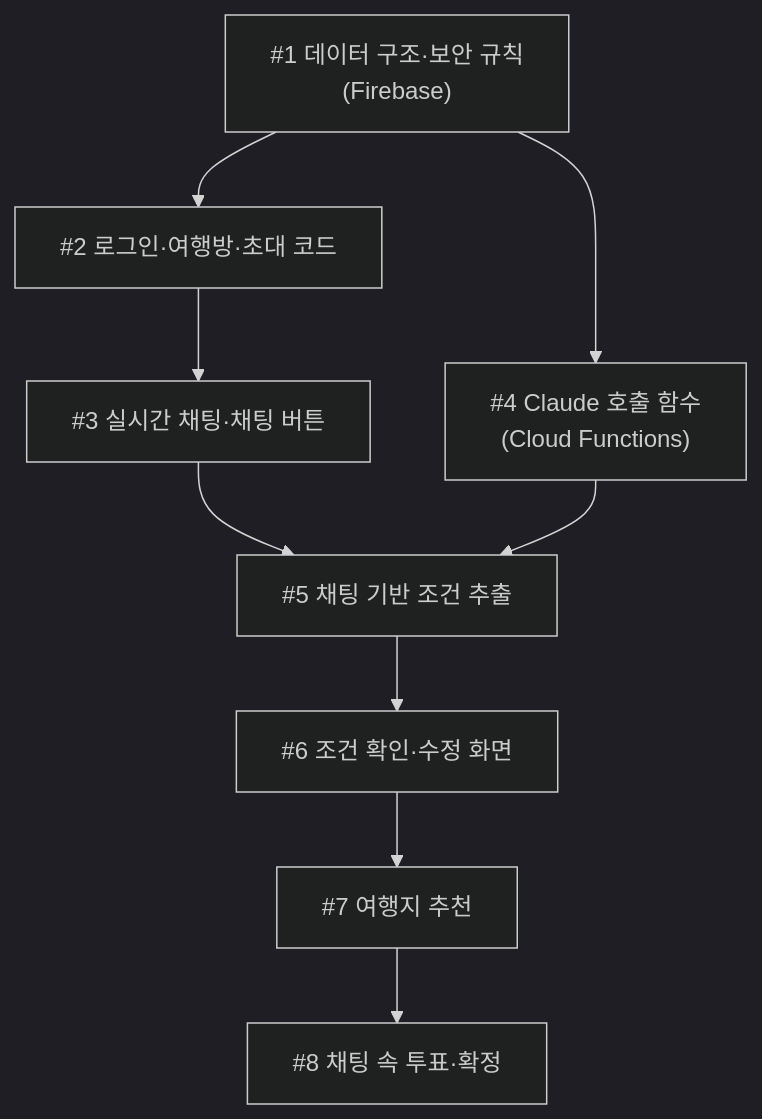
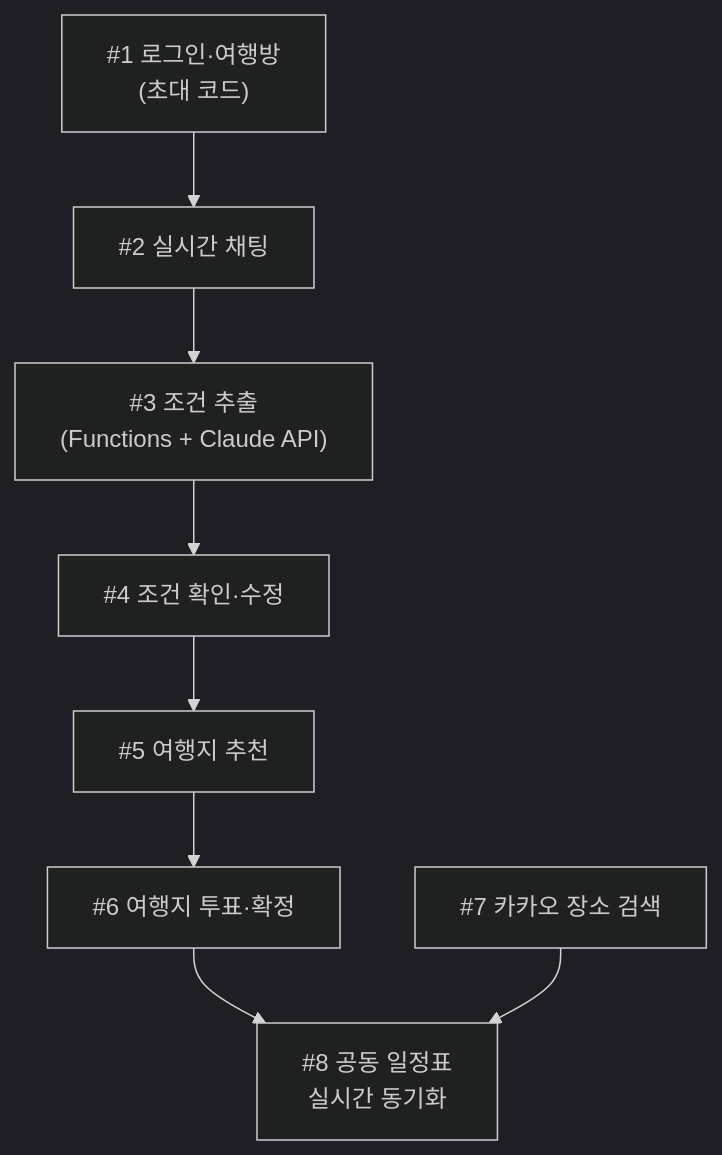
One commit to khwoo1803-hanyang/aix-2026f-team11 changed the diagram in docs/week-05.md. Above: the diagram before and after it, drawn with Mermaid (dark theme). The commit also changed other lines of this file and 12 other files, not shown here.

````diff
--- a/docs/week-05.md
+++ b/docs/week-05.md
@@ -51,20 +52,19 @@
 ```mermaid
 graph TD
-    T1["#1 데이터 구조·보안 규칙<br/>(Firebase)"]
-    T2["#2 로그인·여행방·초대 코드"]
-    T3["#3 실시간 채팅·채팅 버튼"]
-    T4["#4 Claude 호출 함수<br/>(Cloud Functions)"]
-    T5["#5 채팅 기반 조건 추출"]
-    T6["#6 조건 확인·수정 화면"]
-    T7["#7 여행지 추천"]
-    T8["#8 채팅 속 투표·확정"]
+    T1["#1 로그인·여행방<br/>(초대 코드)"]
+    T2["#2 실시간 채팅"]
+    T3["#3 조건 추출<br/>(Functions + Claude API)"]
+    T4["#4 조건 확인·수정"]
+    T5["#5 여행지 추천"]
+    T6["#6 여행지 투표·확정"]
+    T7["#7 카카오 장소 검색"]
+    T8["#8 공동 일정표<br/>실시간 동기화"]
 
     T1 --> T2
     T2 --> T3
-    T1 --> T4
-    T3 --> T5
+    T3 --> T4
     T4 --> T5
     T5 --> T6
-    T6 --> T7
+    T6 --> T8
     T7 --> T8
 ```
````
